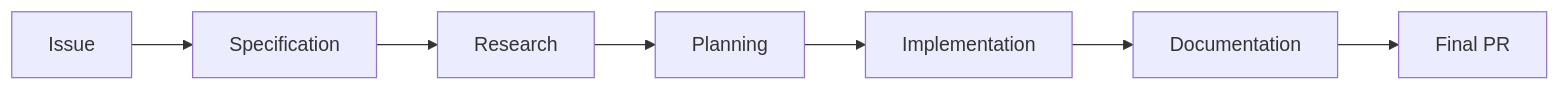
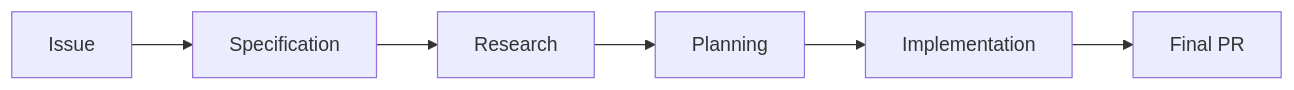
One commit to lossyrob/phased-agent-workflow changed the first of 2 diagrams in docs/guide/two-workflows.md. Above: the diagram before and after it, drawn with Mermaid. The commit also changed other lines of this file and 21 other files, not shown here.

````diff
--- a/docs/guide/two-workflows.md
+++ b/docs/guide/two-workflows.md
@@ -12,9 +14,8 @@
 ```mermaid
 graph LR
     A[Issue] --> B[Specification]
     B --> C[Research]
     C --> D[Planning]
     D --> E[Implementation]
-    E --> F[Documentation]
-    F --> G[Final PR]
+    E --> F[Final PR]
 ```
````
